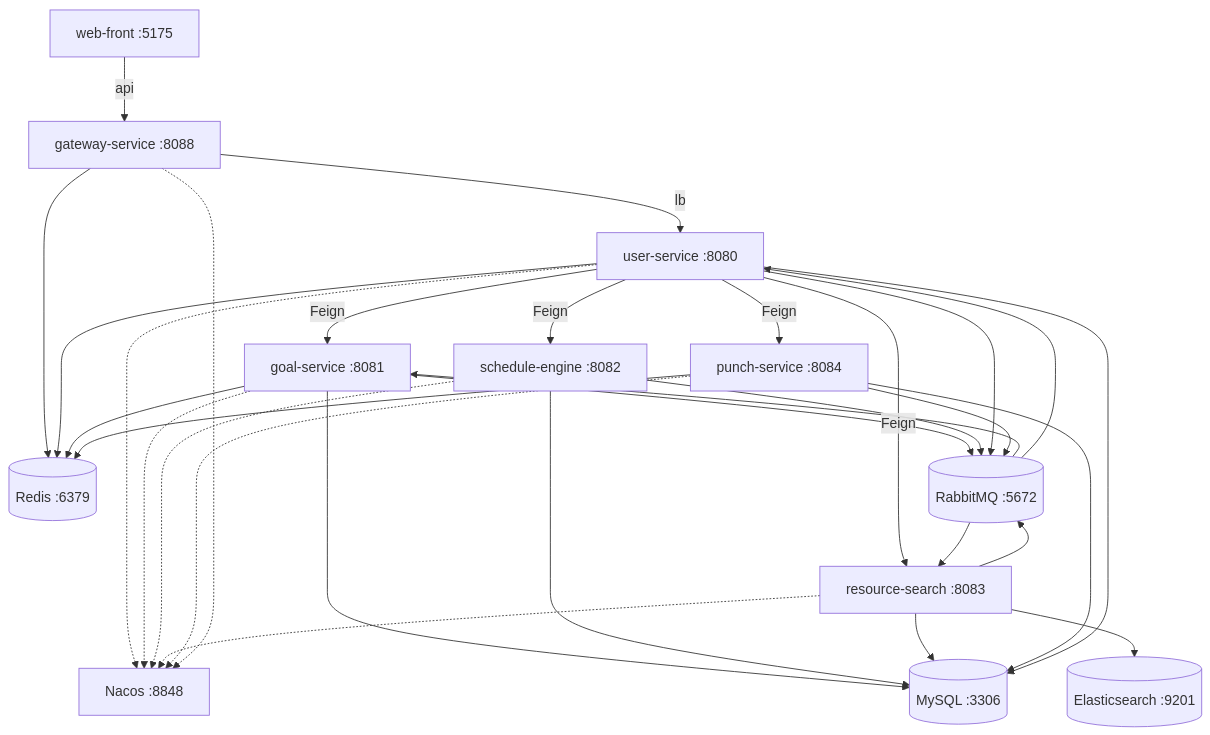
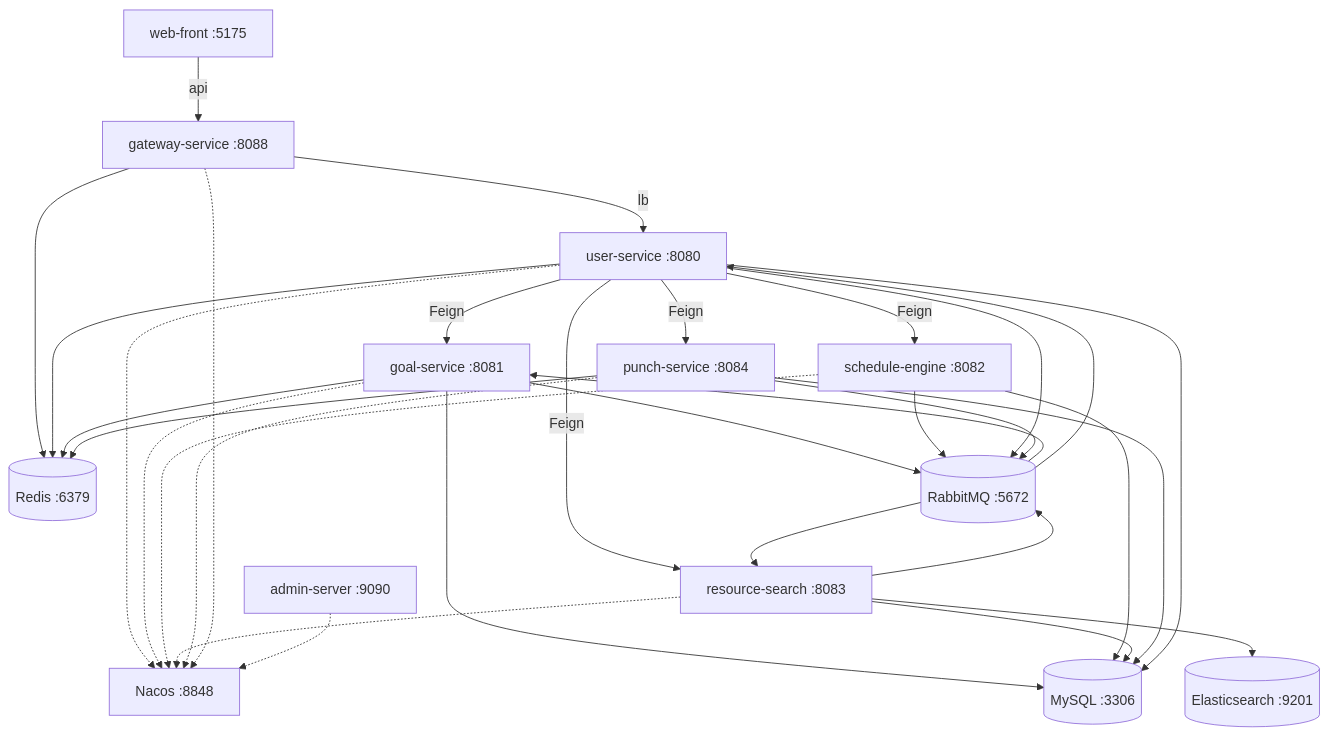
The diagram in README.md (Charlen2024/SmartPlanner), drawn with Mermaid before and after one commit. The commit also changed other lines of this file and 67 other files, not shown here.

First line of the commit message:
refactor: 统一异常处理至 common 模块，新增 admin-server，优化前后端配置

````diff
--- a/README.md
+++ b/README.md
@@ -70,51 +70,53 @@
 ```mermaid
 graph TB
   Web["web-front :5175"]
   GW["gateway-service :8088"]
   US["user-service :8080"]
   GS["goal-service :8081"]
   SE["schedule-engine :8082"]
   RS["resource-search :8083"]
   PS["punch-service :8084"]
+  Admin["admin-server :9090"]
   Nacos["Nacos :8848"]
   MySQL[("MySQL :3306")]
   Redis[("Redis :6379")]
   MQ[("RabbitMQ :5672")]
   ES[("Elasticsearch :9201")]
 
   Web -->|api| GW
   GW -->|lb| US
   US -->|Feign| GS
   US -->|Feign| SE
   US -->|Feign| RS
   US -->|Feign| PS
 
   GW --> Redis
   US --> Redis
   GS --> Redis
   PS --> Redis
 
   US -.-> Nacos
   GS -.-> Nacos
   SE -.-> Nacos
   RS -.-> Nacos
   PS -.-> Nacos
   GW -.-> Nacos
+  Admin -.-> Nacos
 
   GS --> MySQL
   SE --> MySQL
   RS --> MySQL
   PS --> MySQL
   US --> MySQL
 
   GS --> MQ
   SE --> MQ
   RS --> MQ
   US --> MQ
   PS --> MQ
   MQ --> GS
   MQ --> US
   MQ --> RS
 
   RS --> ES
 ```
````
